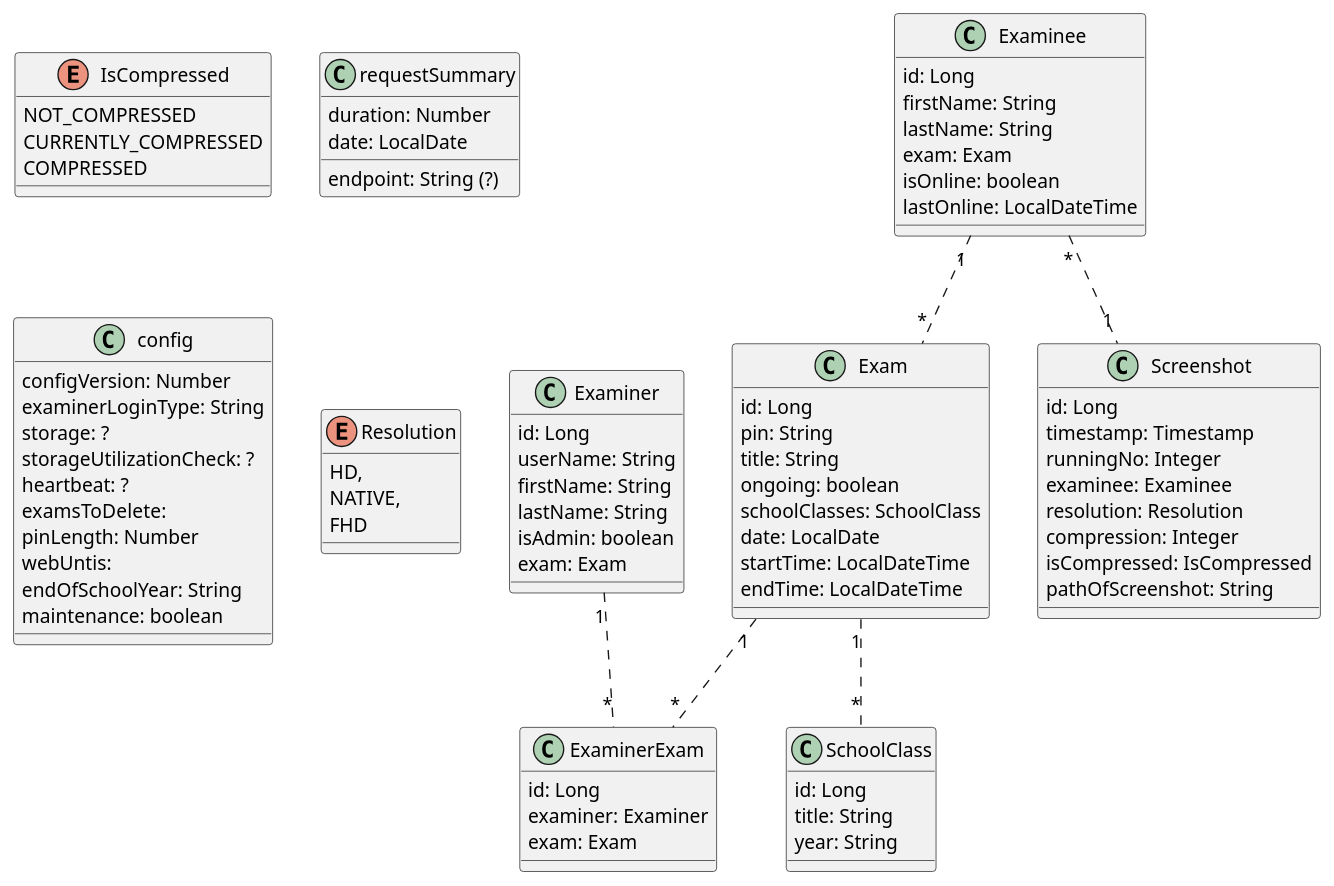
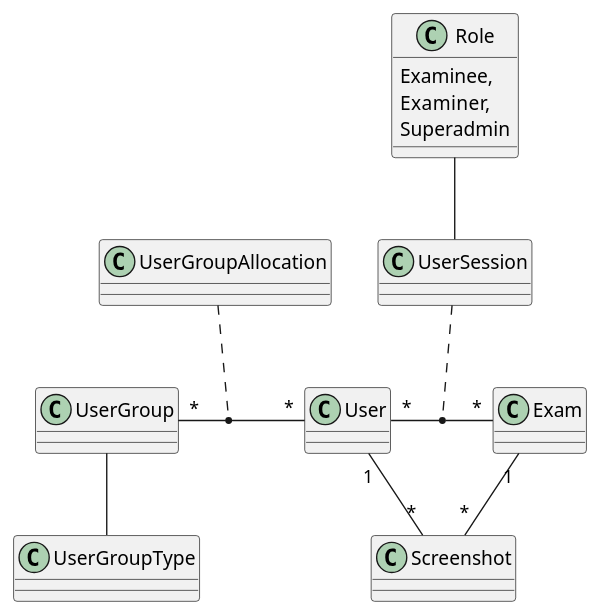
The diagram in docs/asciidocs/plantuml/classDiagram.puml (htl-leonding-project/franklyn-quarkus), drawn with PlantUML before and after one commit. The commit also changed 1 other file, not shown here.

```diff
--- a/docs/asciidocs/plantuml/classDiagram.puml
+++ b/docs/asciidocs/plantuml/classDiagram.puml
@@ -1,96 +1,45 @@
 @startuml
 'https://plantuml.com/class-diagram
 
 
 class Exam{
-    id: Long
-    pin: String
-    title: String
-    ongoing: boolean
-    schoolClasses: SchoolClass
-    date: LocalDate
-    startTime: LocalDateTime
-    endTime: LocalDateTime
+
+}
+
+class User{
+
+}
+
+class Screenshot{
+
+}
+
+class Role{
+Examinee,
+Examiner,
+Superadmin
 }
 
 
-
-class Examinee{
-    id: Long
-    firstName: String
-    lastName: String
-    exam: Exam
-    isOnline: boolean
-    lastOnline: LocalDateTime
+class UserSession {
 }
 
-class ExaminerExam{
-    id: Long
-    examiner: Examiner
-    exam: Exam
+class UserGroupAllocation {
+
 }
-
-class Examiner{
-    id: Long
-    userName: String
-    firstName: String
-    lastName: String
-    isAdmin: boolean
-    exam: Exam
-}
-
-class Screenshot{
-    id: Long
-    timestamp: Timestamp
-    runningNo: Integer
-    examinee: Examinee
-    resolution: Resolution
-    compression: Integer
-    isCompressed: IsCompressed
-    pathOfScreenshot: String
-}
-
-enum IsCompressed{
-    NOT_COMPRESSED
-    CURRENTLY_COMPRESSED
-    COMPRESSED
-}
-
-class requestSummary{
-    duration: Number
-    endpoint: String (?)
-    date: LocalDate
-}
-
-class SchoolClass{
-    id: Long
-    title: String
-    year: String
-}
-
-class config{
-    configVersion: Number
-    examinerLoginType: String
-    storage: ?
-    storageUtilizationCheck: ?
-    heartbeat: ?
-    examsToDelete:
-    pinLength: Number
-    webUntis:
-    endOfSchoolYear: String
-    maintenance: boolean
-}
-
-enum Resolution{
-    HD,
-    NATIVE,
-    FHD
-}
+class UserGroup
+class UserGroupType
 
 
-Examinee "1".."*" Exam
-Examinee "*".."1" Screenshot
-Exam "1".."*" SchoolClass
-Examiner "1".."*" ExaminerExam
-Exam "1".."*" ExaminerExam
+User "*" -right- "*" Exam
+UserSession -up- Role
+Screenshot "*" -up- "1" User
+Screenshot "*" -up- "1" Exam
+UserGroup -- UserGroupType
+UserGroup "*" -right- "*" User
+
+UserGroupAllocation .. (UserGroup, User)
+UserSession "1" .. (User, Exam)
+
+
 @enduml
```
